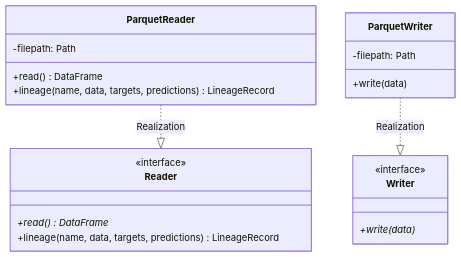
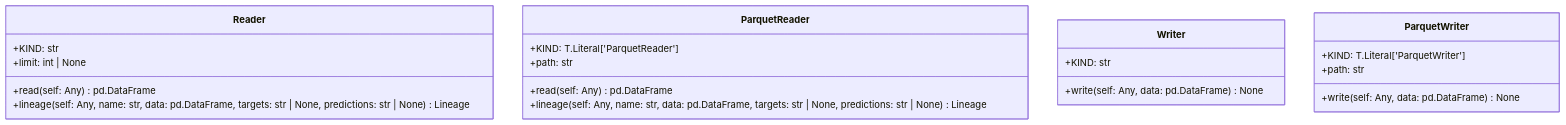
One commit to lgcorzo/mlops-python-package changed the diagram in openwiki/modules/regression_model_template/io/datasets.md. Above: the diagram before and after it, drawn with Mermaid. The commit also changed other lines of this file and 40 other files, not shown here.

````diff
--- a/openwiki/modules/regression_model_template/io/datasets.md
+++ b/openwiki/modules/regression_model_template/io/datasets.md
@@ -26,25 +23,25 @@
 ```mermaid
 classDiagram
     direction BT
     class Reader {
-        <<interface>>
-        +read()* DataFrame
-        +lineage(name, data, targets, predictions) LineageRecord
+        +KIND: str
+        +limit: int | None
+        +read(self: Any) pd.DataFrame
+        +lineage(self: Any, name: str, data: pd.DataFrame, targets: str | None, predictions: str | None) Lineage
     }
     class ParquetReader {
-        -filepath: Path
-        +read() DataFrame
-        +lineage(name, data, targets, predictions) LineageRecord
+        +KIND: T.Literal['ParquetReader']
+        +path: str
+        +read(self: Any) pd.DataFrame
+        +lineage(self: Any, name: str, data: pd.DataFrame, targets: str | None, predictions: str | None) Lineage
     }
     class Writer {
-        <<interface>>
-        +write(data)*
+        +KIND: str
+        +write(self: Any, data: pd.DataFrame) None
     }
     class ParquetWriter {
-        -filepath: Path
-        +write(data)
+        +KIND: T.Literal['ParquetWriter']
+        +path: str
+        +write(self: Any, data: pd.DataFrame) None
     }
-
-    Reader <|.. ParquetReader : Realization
-    Writer <|.. ParquetWriter : Realization
 ```
````
